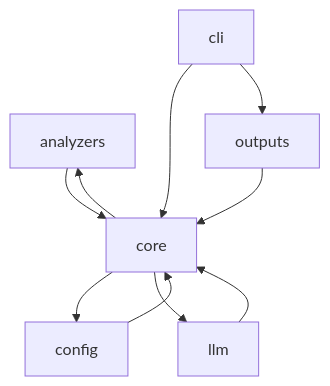
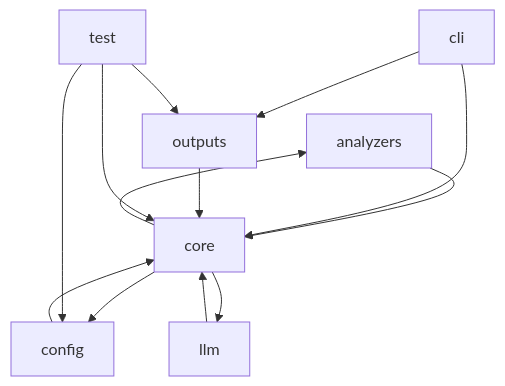
The diagram in .agent-context/dependency-graph.md (whut09/Code-Agent-plusplus), drawn with Mermaid before and after one commit. The commit also changed other lines of this file and 44 other files, not shown here.

````diff
--- a/.agent-context/dependency-graph.md
+++ b/.agent-context/dependency-graph.md
@@ -4,12 +4,15 @@
 ```mermaid
 graph TD
   analyzers["analyzers"] --> core["core"]
   cli["cli"] --> core["core"]
   cli["cli"] --> outputs["outputs"]
   config["config"] --> core["core"]
   core["core"] --> analyzers["analyzers"]
   core["core"] --> config["config"]
   core["core"] --> llm["llm"]
   llm["llm"] --> core["core"]
   outputs["outputs"] --> core["core"]
+  test["test"] --> config["config"]
+  test["test"] --> core["core"]
+  test["test"] --> outputs["outputs"]
 ```
````
